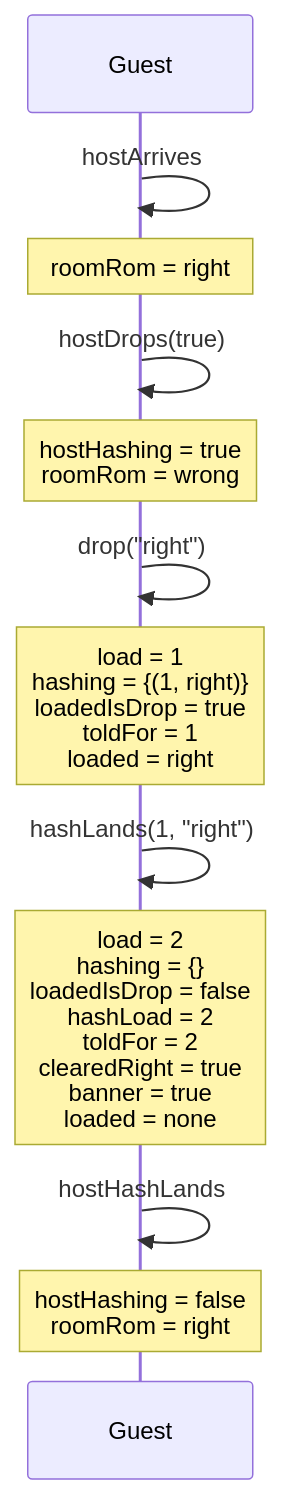
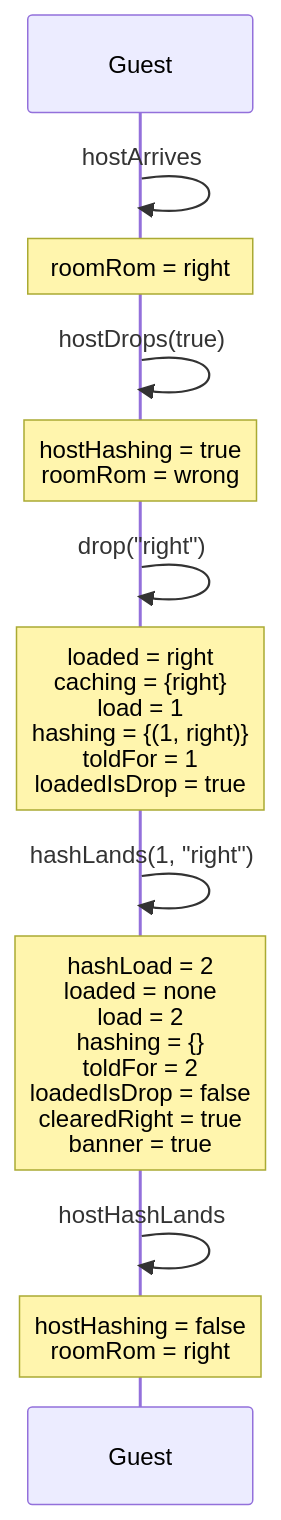
Diagram 22 of 27 in docs/spec-traces.md (kwilson21/kaillera-next), drawn with Mermaid before and after one commit. The commit also changed other lines of this file and 11 other files, not shown here.

````diff
--- a/docs/spec-traces.md
+++ b/docs/spec-traces.md
@@ -612,14 +612,14 @@
 ```mermaid
 sequenceDiagram
   participant Guest
   Guest->>Guest: hostArrives
   Note over Guest: roomRom = right
   Guest->>Guest: hostDrops(true)
   Note over Guest: hostHashing = true<br/>roomRom = wrong
   Guest->>Guest: drop("right")
-  Note over Guest: load = 1<br/>hashing = {(1, right)}<br/>loadedIsDrop = true<br/>toldFor = 1<br/>loaded = right
+  Note over Guest: loaded = right<br/>caching = {right}<br/>load = 1<br/>hashing = {(1, right)}<br/>toldFor = 1<br/>loadedIsDrop = true
   Guest->>Guest: hashLands(1, "right")
-  Note over Guest: load = 2<br/>hashing = {}<br/>loadedIsDrop = false<br/>hashLoad = 2<br/>toldFor = 2<br/>clearedRight = true<br/>banner = true<br/>loaded = none
+  Note over Guest: hashLoad = 2<br/>loaded = none<br/>load = 2<br/>hashing = {}<br/>toldFor = 2<br/>loadedIsDrop = false<br/>clearedRight = true<br/>banner = true
   Guest->>Guest: hostHashLands
   Note over Guest: hostHashing = false<br/>roomRom = right
 ```
````
